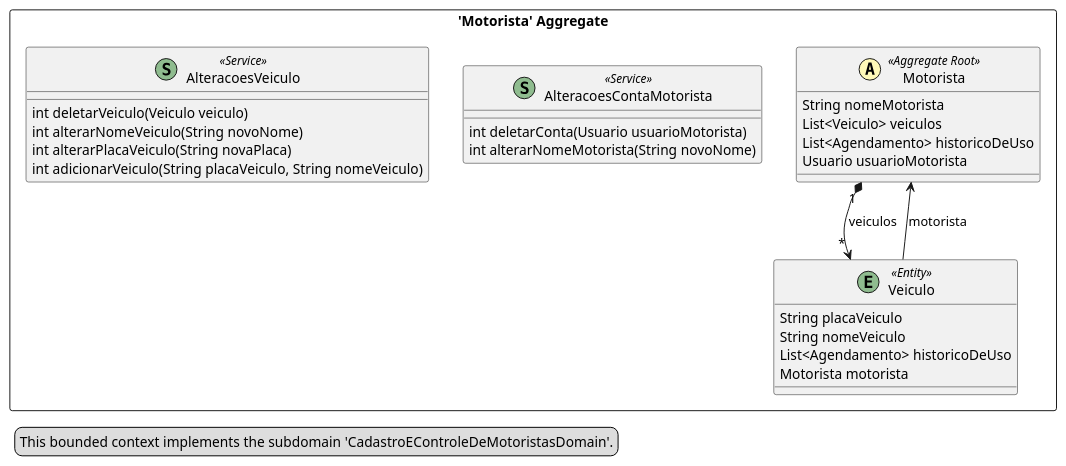
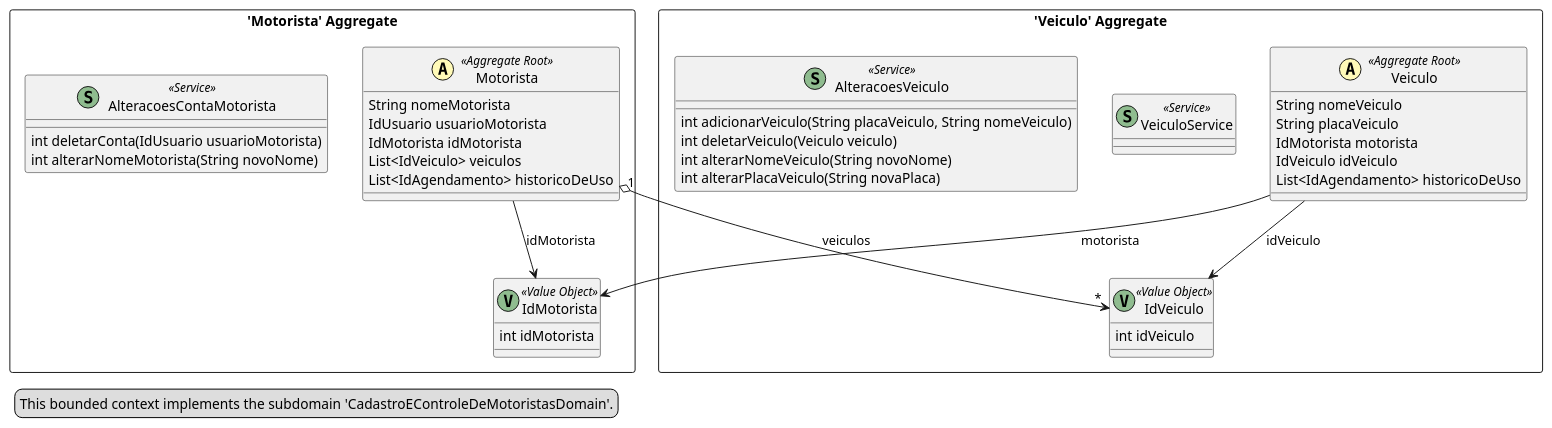
Before and after one commit to diegopluna/fds2: the diagram in src-gen/model_BC_CadastroEControleDeMotoristasContext.puml, drawn with PlantUML. The commit also changed 17 other files, not shown here.

```diff
--- a/src-gen/model_BC_CadastroEControleDeMotoristasContext.puml
+++ b/src-gen/model_BC_CadastroEControleDeMotoristasContext.puml
@@ -1,36 +1,50 @@
 @startuml
 
 skinparam componentStyle uml2
 
 package "'Motorista' Aggregate" <<Rectangle>> {
 	class Motorista <<(A,#fffab8) Aggregate Root>> {
 		String nomeMotorista
-		List<Veiculo> veiculos
-		List<Agendamento> historicoDeUso
-		Usuario usuarioMotorista
+		IdUsuario usuarioMotorista
+		IdMotorista idMotorista
+		List<IdVeiculo> veiculos
+		List<IdAgendamento> historicoDeUso
 	}
-	class Veiculo <<(E,DarkSeaGreen) Entity>> {
-		String placaVeiculo
-		String nomeVeiculo
-		List<Agendamento> historicoDeUso
-		Motorista motorista
+	class IdMotorista <<(V,DarkSeaGreen) Value Object>> {
+		int idMotorista
 	}
 	class AlteracoesContaMotorista <<(S,DarkSeaGreen) Service>> {
-		int deletarConta(Usuario usuarioMotorista)
+		int deletarConta(IdUsuario usuarioMotorista)
 		int alterarNomeMotorista(String novoNome)
 	}
+}
+package "'Veiculo' Aggregate" <<Rectangle>> {
+	class Veiculo <<(A,#fffab8) Aggregate Root>> {
+		String nomeVeiculo
+		String placaVeiculo
+		IdMotorista motorista
+		IdVeiculo idVeiculo
+		List<IdAgendamento> historicoDeUso
+	}
+	class IdVeiculo <<(V,DarkSeaGreen) Value Object>> {
+		int idVeiculo
+	}
+	class VeiculoService <<(S,DarkSeaGreen) Service>> {
+	}
 	class AlteracoesVeiculo <<(S,DarkSeaGreen) Service>> {
+		int adicionarVeiculo(String placaVeiculo, String nomeVeiculo)
 		int deletarVeiculo(Veiculo veiculo)
 		int alterarNomeVeiculo(String novoNome)
 		int alterarPlacaVeiculo(String novaPlaca)
-		int adicionarVeiculo(String placaVeiculo, String nomeVeiculo)
 	}
 }
-Veiculo --> Motorista : motorista
-Motorista "1" *--> "*" Veiculo : veiculos
+Veiculo --> IdVeiculo : idVeiculo
+Motorista --> IdMotorista : idMotorista
+Veiculo --> IdMotorista : motorista
+Motorista "1" o--> "*" IdVeiculo : veiculos
 legend left
   This bounded context implements the subdomain 'CadastroEControleDeMotoristasDomain'.
 end legend
 
 
 @enduml
```
